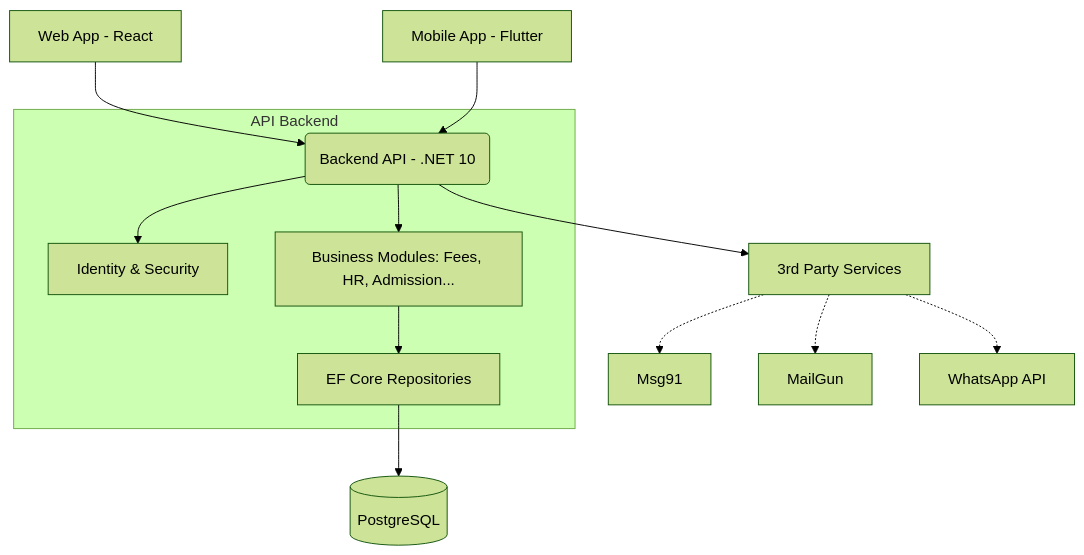
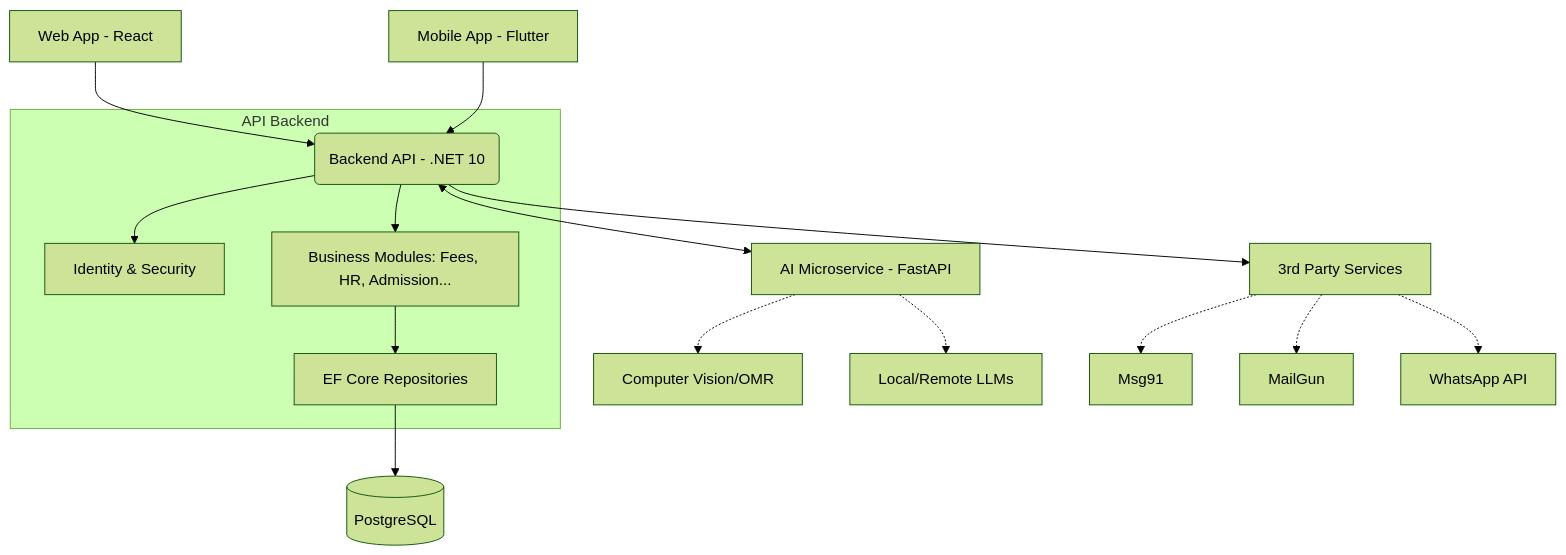
Before and after one commit to Zila-Valley/Product-BRDs: the first of 3 diagrams in School-ERP/02-technical-architecture.md, drawn with Mermaid (forest theme). The commit also changed other lines of this file and 3 other files, not shown here.

Commit message:
feat: initialize project documentation including technical architecture, AI feature overview, and main repository README

````diff
--- a/School-ERP/02-technical-architecture.md
+++ b/School-ERP/02-technical-architecture.md
@@ -43,18 +44,22 @@
 ```mermaid
 graph TD
     Client_Web[Web App - React] --> API_Gateway(Backend API - .NET 10)
     Client_Mobile[Mobile App - Flutter] --> API_Gateway
     
     subgraph API Backend
         API_Gateway --> Auth[Identity & Security]
         API_Gateway --> Modules[Business Modules: Fees, HR, Admission...]
         Modules --> DataAccess[EF Core Repositories]
     end
     
     DataAccess --> Database[(PostgreSQL)]
     
+    API_Gateway <--> AIService[AI Microservice - FastAPI]
+    AIService -.-> CV[Computer Vision/OMR]
+    AIService -.-> LLM[Local/Remote LLMs]
+    
     API_Gateway --> ThirdParty[3rd Party Services]
     ThirdParty -.-> SMS[Msg91]
     ThirdParty -.-> Email[MailGun]
     ThirdParty -.-> WhatsApp[WhatsApp API]
 ```
````
